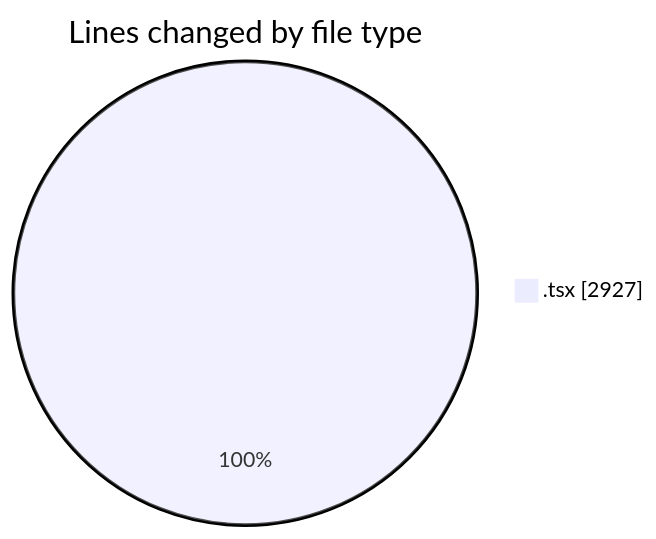
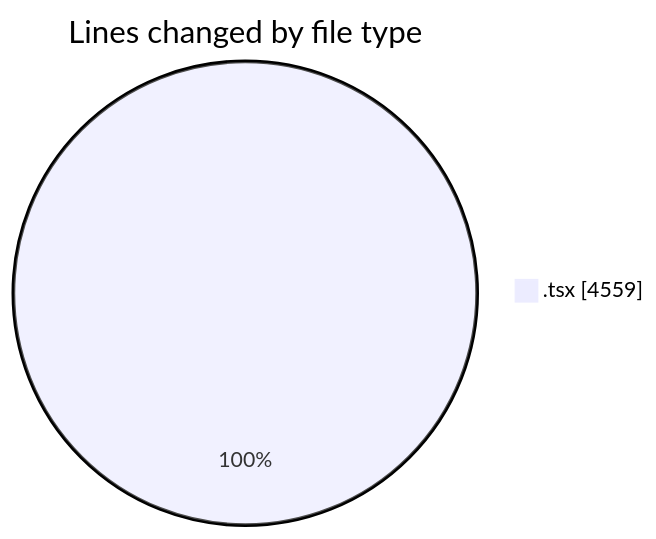
The first of 2 diagrams in 2026-06-23/nxtqube_webapp/README.md (nxtqubesakshisongat/code-tracking), drawn with Mermaid before and after one commit. The commit also changed other lines of this file and 1 other file, not shown here.

````diff
--- a/2026-06-23/nxtqube_webapp/README.md
+++ b/2026-06-23/nxtqube_webapp/README.md
@@ -21,5 +22,5 @@
 ```mermaid
 pie showData
 title Lines changed by file type
-".tsx" : 2927
+".tsx" : 4559
 ```
````
